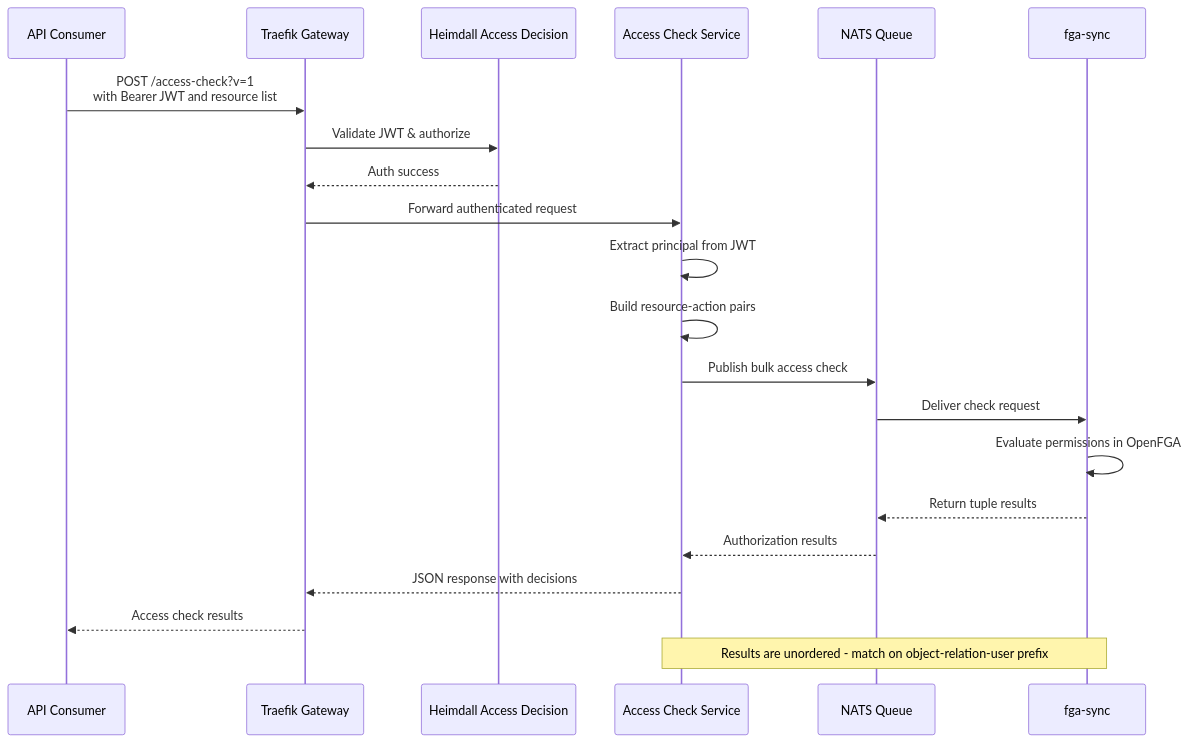
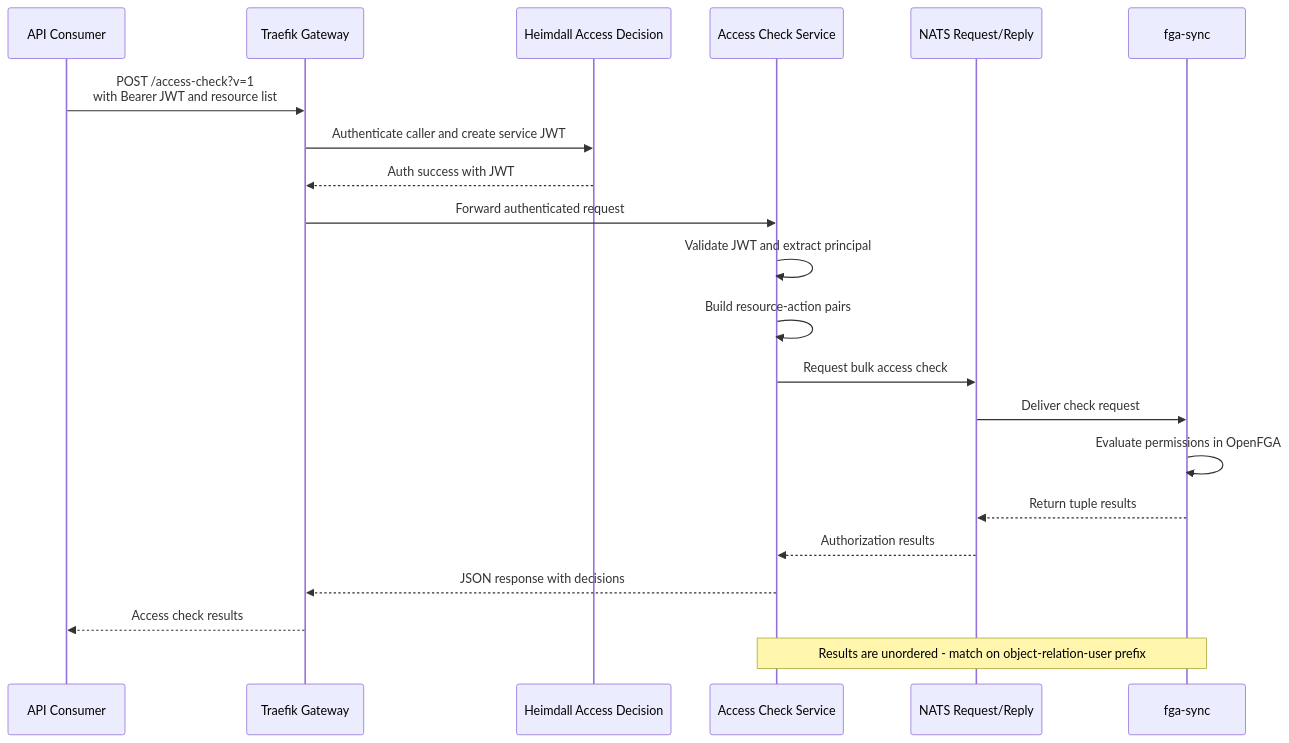
One commit to linuxfoundation/lfx-v2-access-check changed the second of 2 diagrams in README.md. Above: the diagram before and after it, drawn with Mermaid. The commit also changed other lines of this file and 7 other files, not shown here.

````diff
--- a/README.md
+++ b/README.md
@@ -49,28 +49,28 @@
 ```mermaid
 sequenceDiagram
     participant Client as API Consumer
     participant Traefik as Traefik Gateway
     participant Heimdall as Heimdall Access Decision
     participant AccessCheck as Access Check Service
-    participant NATS as NATS Queue
+    participant NATS as NATS Request/Reply
     participant FGASync as fga-sync
 
     Client->>Traefik: POST /access-check?v=1<br />with Bearer JWT and resource list
-    Traefik->>Heimdall: Validate JWT & authorize
-    Heimdall-->>Traefik: Auth success
+    Traefik->>Heimdall: Authenticate caller and create service JWT
+    Heimdall-->>Traefik: Auth success with JWT
     Traefik->>AccessCheck: Forward authenticated request
 
-    AccessCheck->>AccessCheck: Extract principal from JWT
+    AccessCheck->>AccessCheck: Validate JWT and extract principal
     AccessCheck->>AccessCheck: Build resource-action pairs
-    AccessCheck->>NATS: Publish bulk access check
+    AccessCheck->>NATS: Request bulk access check
 
     NATS->>FGASync: Deliver check request
     FGASync->>FGASync: Evaluate permissions in OpenFGA
     FGASync-->>NATS: Return tuple results
 
     NATS-->>AccessCheck: Authorization results
     AccessCheck-->>Traefik: JSON response with decisions
     Traefik-->>Client: Access check results
 
     Note over AccessCheck,FGASync: Results are unordered - match on object-relation-user prefix
 ```
````
